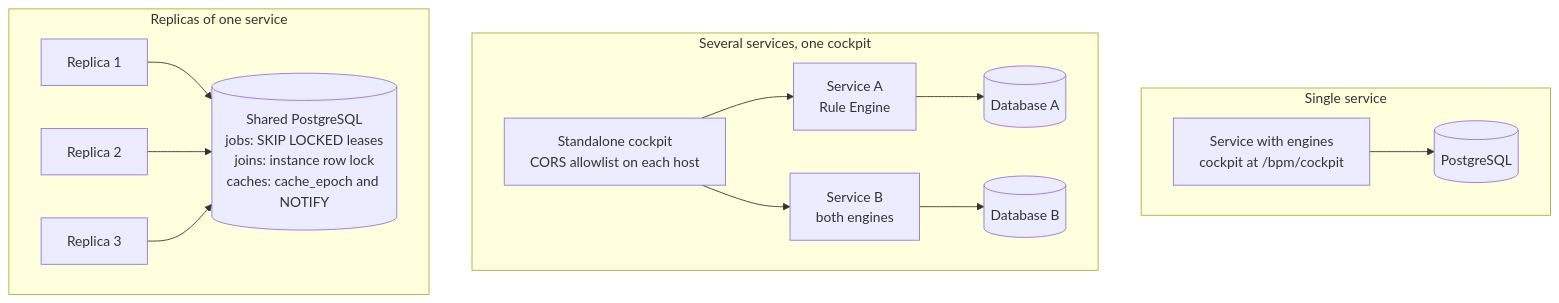
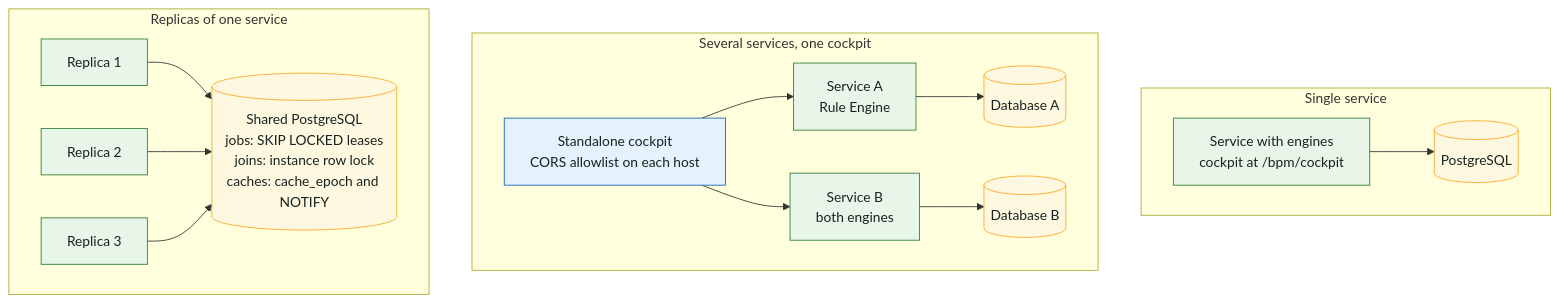
One commit to dhluong90/horus-Agentic-BPM changed the diagram in docs/architecture/diagrams/deployment-shapes.mmd. Above: the diagram before and after it, drawn with Mermaid. The commit also changed 99 other files, not shown here.

First line of the commit message:
docs(wiki): shared diagram palette, 4-zone views, cockpit diagrams and evaluator pages

```diff
--- a/docs/architecture/diagrams/deployment-shapes.mmd
+++ b/docs/architecture/diagrams/deployment-shapes.mmd
@@ -1,18 +1,28 @@
 flowchart TB
   subgraph One["Single service"]
     direction LR
     S1["Service with engines<br/>cockpit at /bpm/cockpit"] --> D1[("PostgreSQL")]
   end
   subgraph Many["Several services, one cockpit"]
     direction LR
     C2["Standalone cockpit<br/>CORS allowlist on each host"] --> S2a["Service A<br/>Rule Engine"]
     C2 --> S2b["Service B<br/>both engines"]
     S2a --> D2a[("Database A")]
     S2b --> D2b[("Database B")]
   end
   subgraph Replicas["Replicas of one service"]
     direction LR
     R1["Replica 1"] --> D3[("Shared PostgreSQL<br/>jobs: SKIP LOCKED leases<br/>joins: instance row lock<br/>caches: cache_epoch and NOTIFY")]
     R2["Replica 2"] --> D3
     R3["Replica 3"] --> D3
   end
+
+  classDef client fill:#E3F2FD,stroke:#1565C0,color:#16231F
+  classDef host fill:#E8F5E9,stroke:#2E7D32,color:#16231F
+  classDef engine fill:#E0F2F1,stroke:#00796B,stroke-width:2px,color:#16231F
+  classDef db fill:#FFF8E1,stroke:#F9A825,color:#16231F
+  classDef external fill:#F3E5F5,stroke:#6A1B9A,color:#16231F
+  classDef obs fill:#ECEFF1,stroke:#546E7A,color:#16231F
+  class C2 client
+  class S1,S2a,S2b,R1,R2,R3 host
+  class D1,D2a,D2b,D3 db
```
